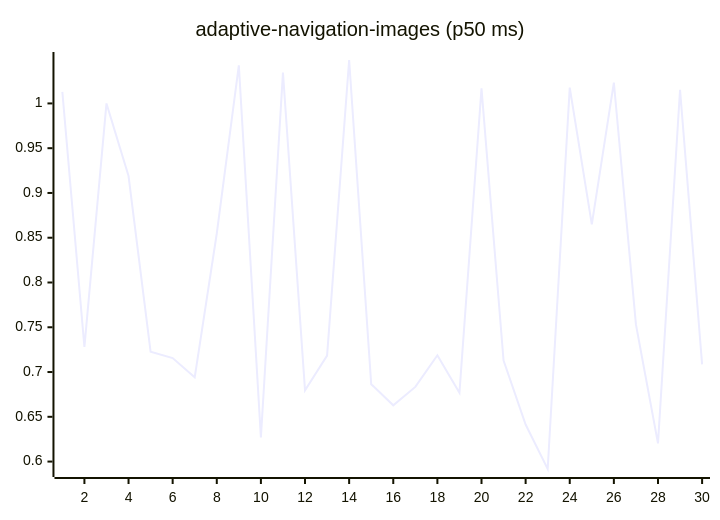
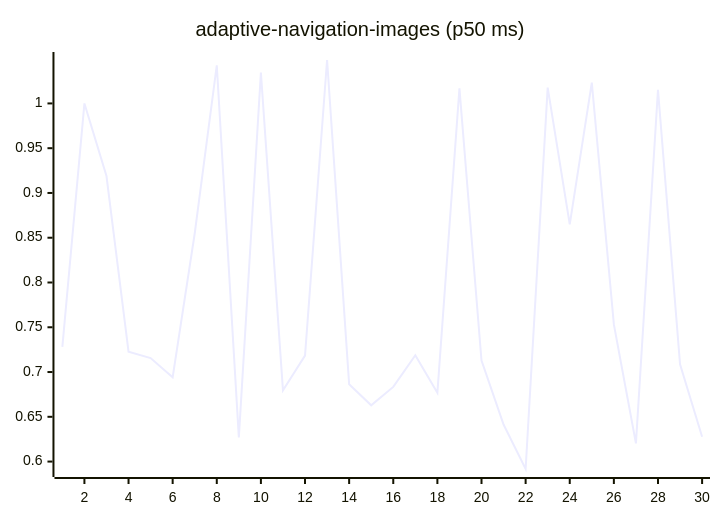
One commit to josha/Facet changed the first of 27 diagrams in README.md. Above: the diagram before and after it, drawn with Mermaid. The commit also changed other lines of this file and 2 other files, not shown here.

````diff
--- a/README.md
+++ b/README.md
@@ -63,6 +63,6 @@
 ```mermaid
 xychart-beta
     title "adaptive-navigation-images (p50 ms)"
     x-axis 1 --> 30
-    line [1.0129, 0.7280, 1.0000, 0.9189, 0.7227, 0.7156, 0.6941, 0.8547, 1.0425, 0.6269, 1.0344, 0.6795, 0.7184, 1.0485, 0.6864, 0.6628, 0.6834, 0.7187, 0.6768, 1.0168, 0.7129, 0.6414, 0.5917, 1.0177, 0.8650, 1.0232, 0.7532, 0.6203, 1.0152, 0.7086]
+    line [0.7280, 1.0000, 0.9189, 0.7227, 0.7156, 0.6941, 0.8547, 1.0425, 0.6269, 1.0344, 0.6795, 0.7184, 1.0485, 0.6864, 0.6628, 0.6834, 0.7187, 0.6768, 1.0168, 0.7129, 0.6414, 0.5917, 1.0177, 0.8650, 1.0232, 0.7532, 0.6203, 1.0152, 0.7086, 0.6277]
 ```
````
